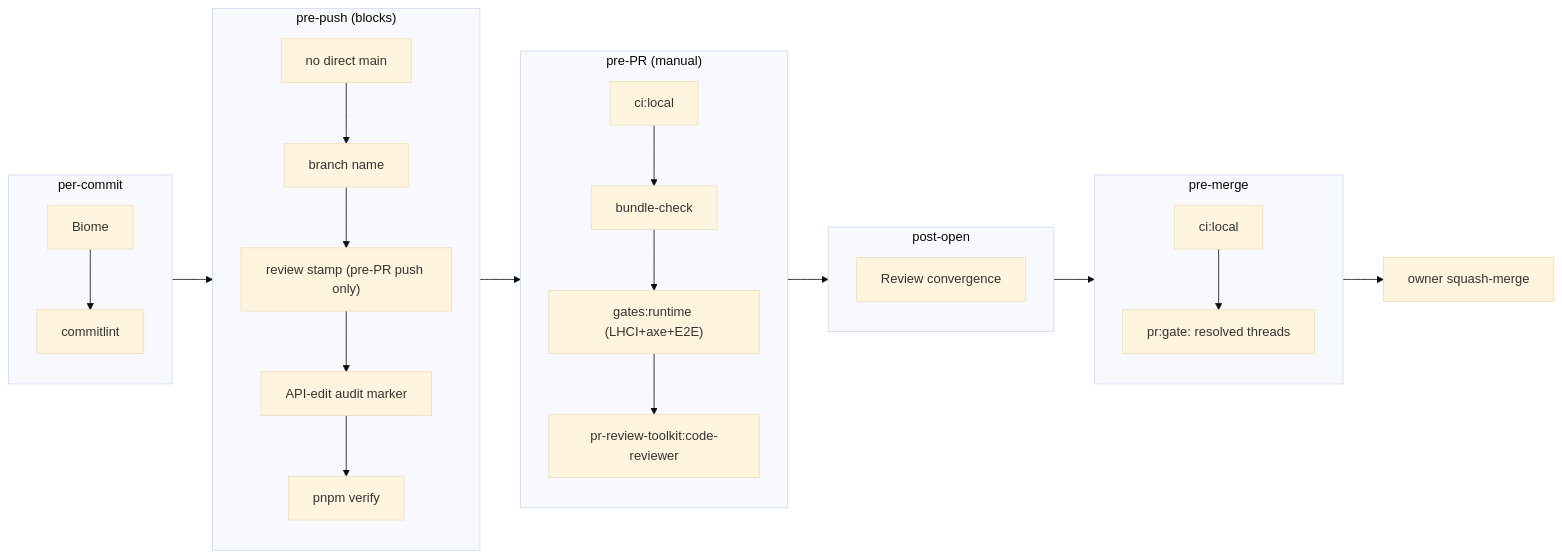
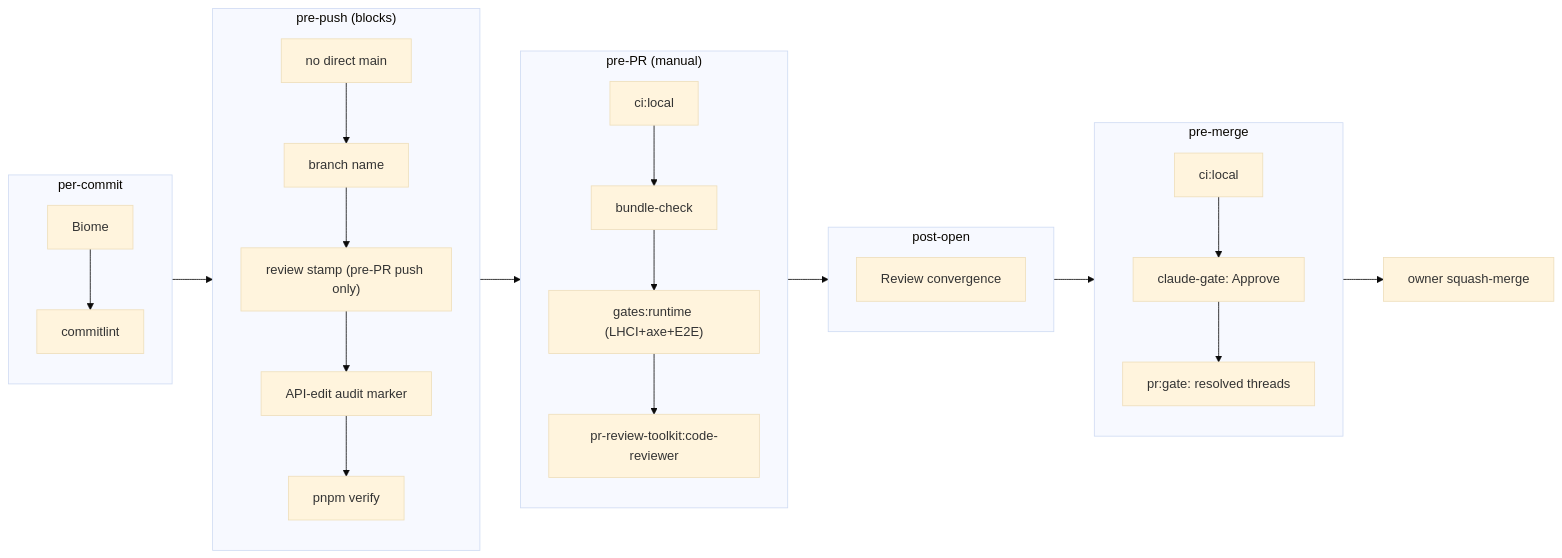
One commit to erikunha/portfolio changed the second of 2 diagrams in docs/handbook/development-lifecycle.md. Above: the diagram before and after it, drawn with Mermaid (base theme). The commit also changed other lines of this file and 17 other files, not shown here.

Commit message:
feat(ci): restore claude-review — auto on every PR, inline findings, fail-closed gate (#237)

````diff
--- a/docs/handbook/development-lifecycle.md
+++ b/docs/handbook/development-lifecycle.md
@@ -69,19 +69,19 @@
 ```mermaid
 flowchart LR
     subgraph commit["per-commit"]
         g1["Biome"] --> g2["commitlint"]
     end
     subgraph prepush["pre-push (blocks)"]
         g3["no direct main"] --> g4["branch name"] --> g5["review stamp (pre-PR push only)"] --> g6["API-edit audit marker"] --> g7["pnpm verify"]
     end
     subgraph prepr["pre-PR (manual)"]
         g8["ci:local"] --> g9["bundle-check"] --> g11["gates:runtime (LHCI+axe+E2E)"] --> g12["pr-review-toolkit:code-reviewer"]
     end
     subgraph open["post-open"]
         g13["Review convergence"]
     end
     subgraph premerge["pre-merge"]
-        g15["ci:local"] --> g18["pr:gate: resolved threads"]
+        g15["ci:local"] --> g17["claude-gate: Approve"] --> g18["pr:gate: resolved threads"]
     end
     commit --> prepush --> prepr --> open --> premerge --> merge["owner squash-merge"]
 ```
````
